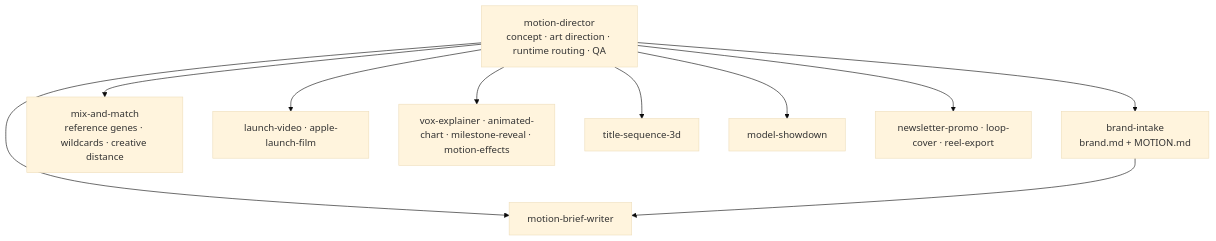
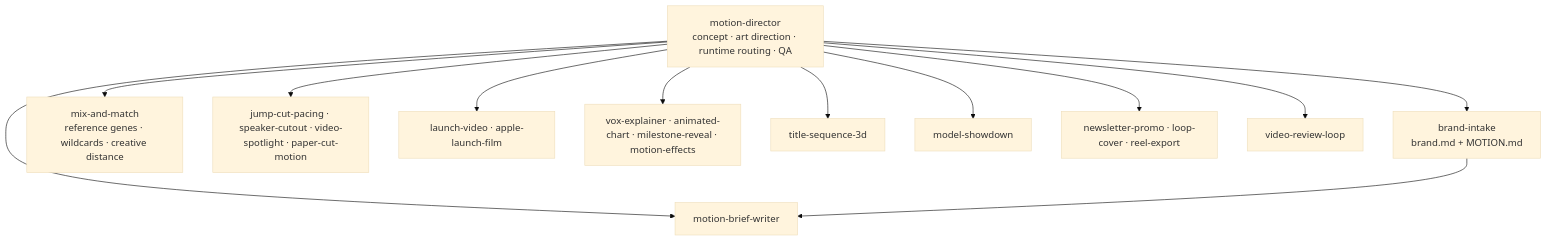
The diagram in README.md (imMamdouhaboammar/motion-graphics-skills), drawn with Mermaid (base theme) before and after one commit. The commit also changed other lines of this file and 18 other files, not shown here.

````diff
--- a/README.md
+++ b/README.md
@@ -197,22 +202,26 @@
 ```mermaid
 flowchart TD
   D["motion-director<br/>concept · art direction · runtime routing · QA"]
   B["brand-intake<br/>brand.md + MOTION.md"]
   P["motion-brief-writer"]
   M["mix-and-match<br/>reference genes · wildcards · creative distance"]
+  V["jump-cut-pacing · speaker-cutout · video-spotlight · paper-cut-motion"]
   L["launch-video · apple-launch-film"]
   E["vox-explainer · animated-chart · milestone-reveal · motion-effects"]
   O["title-sequence-3d"]
   X["model-showdown"]
   R["newsletter-promo · loop-cover · reel-export"]
+  Q["video-review-loop"]
 
   D --> B
   D --> P
   D --> M
+  D --> V
   D --> L
   D --> E
   D --> O
   D --> X
   D --> R
+  D --> Q
   B --> P
 ```
````
